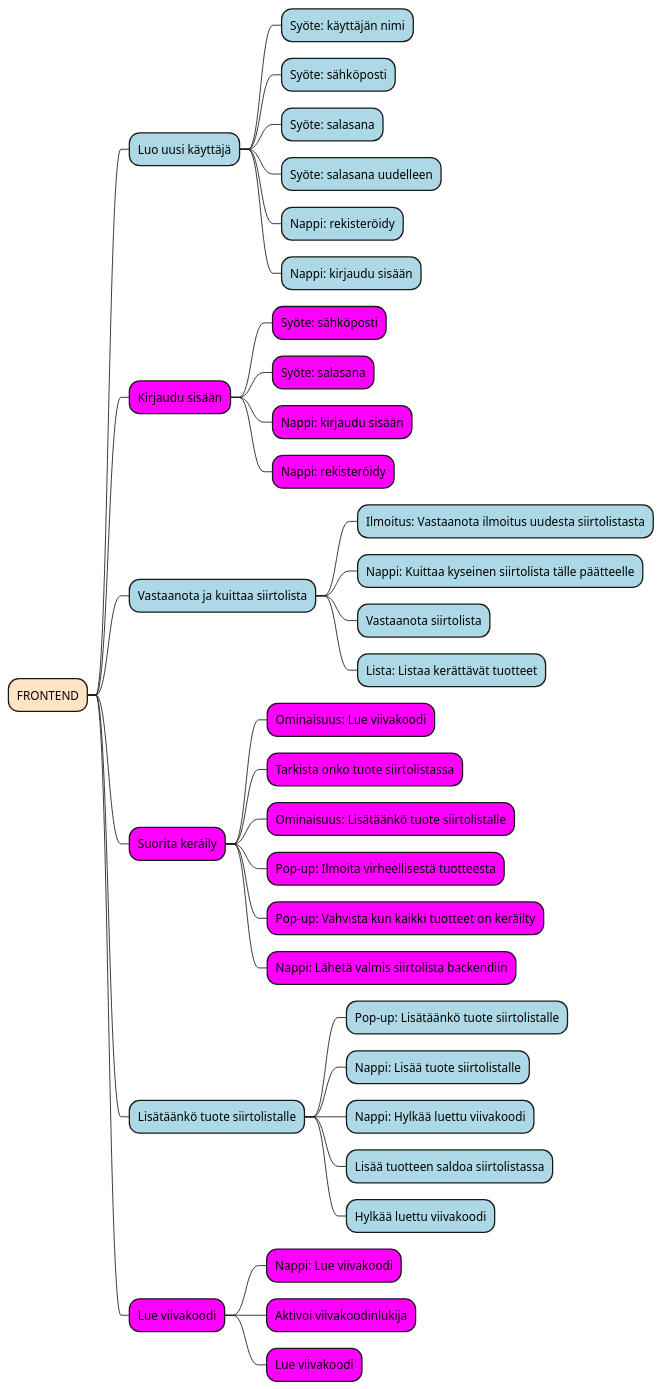
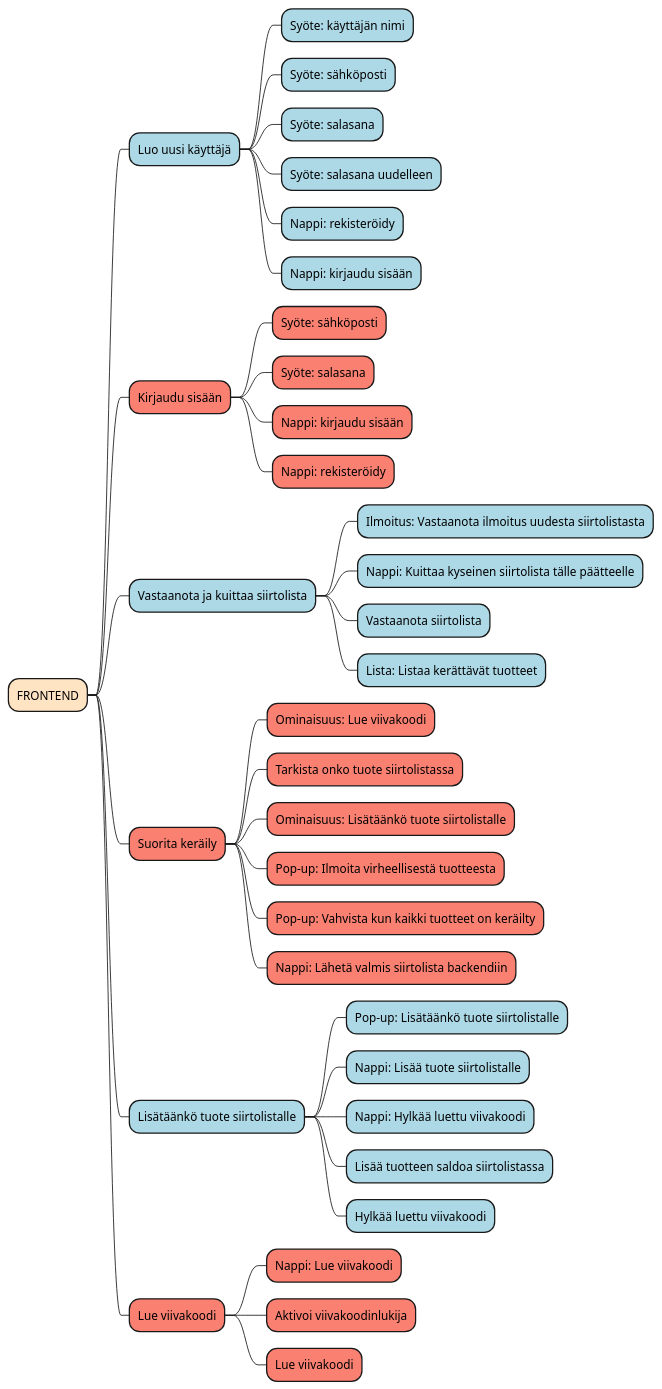
One commit to AlexanderLittler/IDS-Projekti changed the diagram in vaatimusmaarittely/vaatimusmaarittely.md. Above: the diagram before and after it, drawn with PlantUML.

Commit message:
Vaihdettu väriä Fuchsia => Salmon.

````diff
--- a/vaatimusmaarittely/vaatimusmaarittely.md
+++ b/vaatimusmaarittely/vaatimusmaarittely.md
@@ -62,39 +62,39 @@
 ```plantuml
 @startmindmap
 +[#Bisque] FRONTEND
 ++[#LightBlue] Luo uusi käyttäjä
 +++[#LightBlue] Syöte: käyttäjän nimi
 +++[#LightBlue] Syöte: sähköposti
 +++[#LightBlue] Syöte: salasana
 +++[#LightBlue] Syöte: salasana uudelleen
 +++[#LightBlue] Nappi: rekisteröidy
 +++[#LightBlue] Nappi: kirjaudu sisään
-++[#Fuchsia] Kirjaudu sisään
-+++[#Fuchsia] Syöte: sähköposti
-+++[#Fuchsia] Syöte: salasana
-+++[#Fuchsia] Nappi: kirjaudu sisään
-+++[#Fuchsia] Nappi: rekisteröidy
+++[#Salmon] Kirjaudu sisään
++++[#Salmon] Syöte: sähköposti
++++[#Salmon] Syöte: salasana
++++[#Salmon] Nappi: kirjaudu sisään
++++[#Salmon] Nappi: rekisteröidy
 ++[#LightBlue] Vastaanota ja kuittaa siirtolista
 +++[#LightBlue] Ilmoitus: Vastaanota ilmoitus uudesta siirtolistasta
 +++[#LightBlue] Nappi: Kuittaa kyseinen siirtolista tälle päätteelle
 +++[#LightBlue] Vastaanota siirtolista
 +++[#LightBlue] Lista: Listaa kerättävät tuotteet
-++[#Fuchsia] Suorita keräily
-+++[#Fuchsia] Ominaisuus: Lue viivakoodi
-+++[#Fuchsia] Tarkista onko tuote siirtolistassa
-+++[#Fuchsia] Ominaisuus: Lisätäänkö tuote siirtolistalle
-+++[#Fuchsia] Pop-up: Ilmoita virheellisestä tuotteesta
-+++[#Fuchsia] Pop-up: Vahvista kun kaikki tuotteet on keräilty
-+++[#Fuchsia] Nappi: Lähetä valmis siirtolista backendiin
+++[#Salmon] Suorita keräily
++++[#Salmon] Ominaisuus: Lue viivakoodi
++++[#Salmon] Tarkista onko tuote siirtolistassa
++++[#Salmon] Ominaisuus: Lisätäänkö tuote siirtolistalle
++++[#Salmon] Pop-up: Ilmoita virheellisestä tuotteesta
++++[#Salmon] Pop-up: Vahvista kun kaikki tuotteet on keräilty
++++[#Salmon] Nappi: Lähetä valmis siirtolista backendiin
 ++[#LightBlue] Lisätäänkö tuote siirtolistalle
 +++[#LightBlue] Pop-up: Lisätäänkö tuote siirtolistalle
 +++[#LightBlue] Nappi: Lisää tuote siirtolistalle
 +++[#LightBlue] Nappi: Hylkää luettu viivakoodi
 +++[#LightBlue] Lisää tuotteen saldoa siirtolistassa
 +++[#LightBlue] Hylkää luettu viivakoodi
-++[#Fuchsia] Lue viivakoodi
-+++[#Fuchsia] Nappi: Lue viivakoodi
-+++[#Fuchsia] Aktivoi viivakoodinlukija
-+++[#Fuchsia] Lue viivakoodi
+++[#Salmon] Lue viivakoodi
++++[#Salmon] Nappi: Lue viivakoodi
++++[#Salmon] Aktivoi viivakoodinlukija
++++[#Salmon] Lue viivakoodi
 @endmindmap
 ```
````
